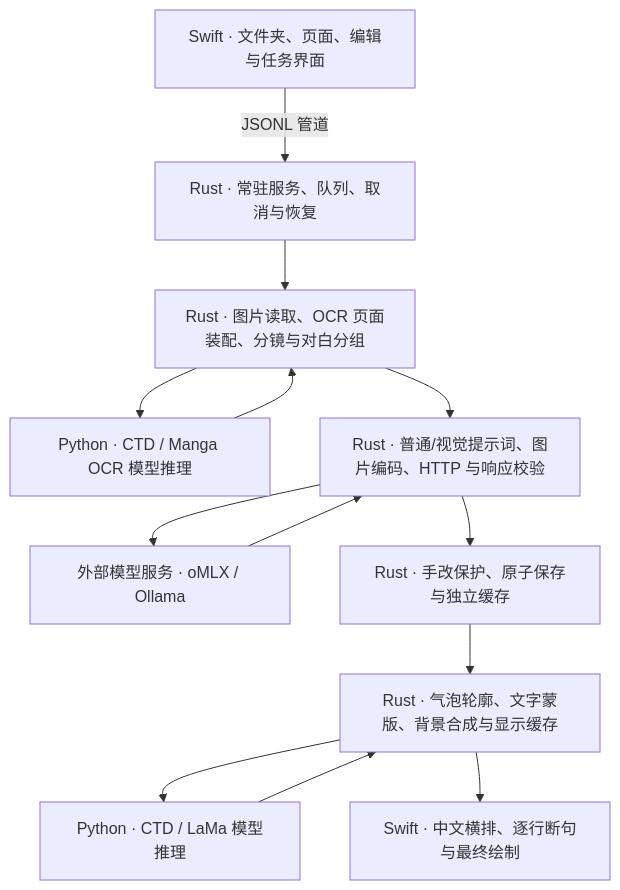
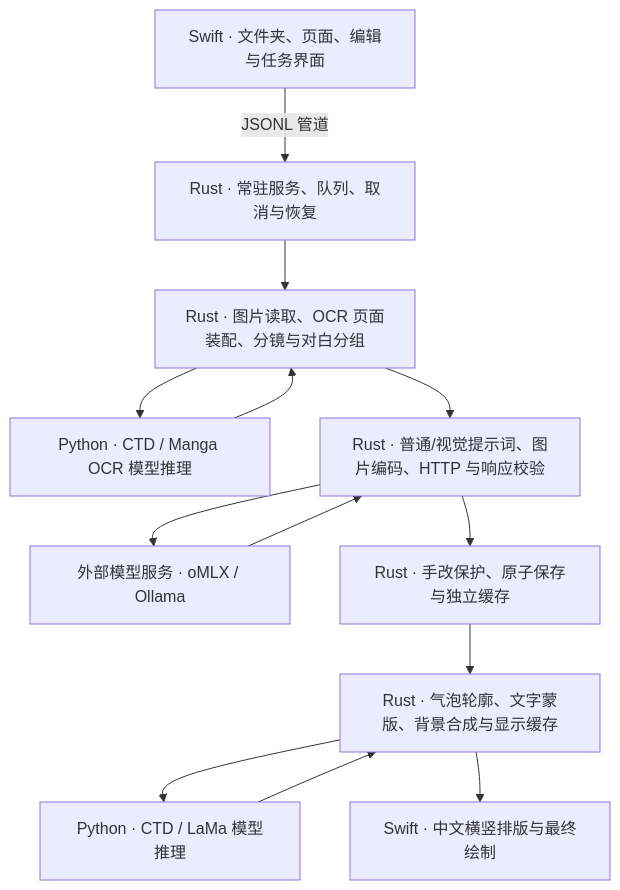
One commit to Liuyy026/screen-capture-translator-public changed the diagram in README.md. Above: the diagram before and after it, drawn with Mermaid. The commit also changed other lines of this file and 15 other files, not shown here.

````diff
--- a/README.md
+++ b/README.md
@@ -13,15 +13,15 @@
 ```mermaid
 flowchart TD
     UI["Swift · 文件夹、页面、编辑与任务界面"] -->|JSONL 管道| R["Rust · 常驻服务、队列、取消与恢复"]
     R --> O["Rust · 图片读取、OCR 页面装配、分镜与对白分组"]
     O --> P["Python · CTD / Manga OCR 模型推理"]
     P --> O
     O --> T["Rust · 普通/视觉提示词、图片编码、HTTP 与响应校验"]
     T --> L["外部模型服务 · oMLX / Ollama"]
     L --> T
     T --> C["Rust · 手改保护、原子保存与独立缓存"]
     C --> D["Rust · 气泡轮廓、文字蒙版、背景合成与显示缓存"]
     D --> M["Python · CTD / LaMa 模型推理"]
     M --> D
-    D --> S["Swift · 中文横排、逐行断句与最终绘制"]
+    D --> S["Swift · 中文横竖排版与最终绘制"]
 ```
````
